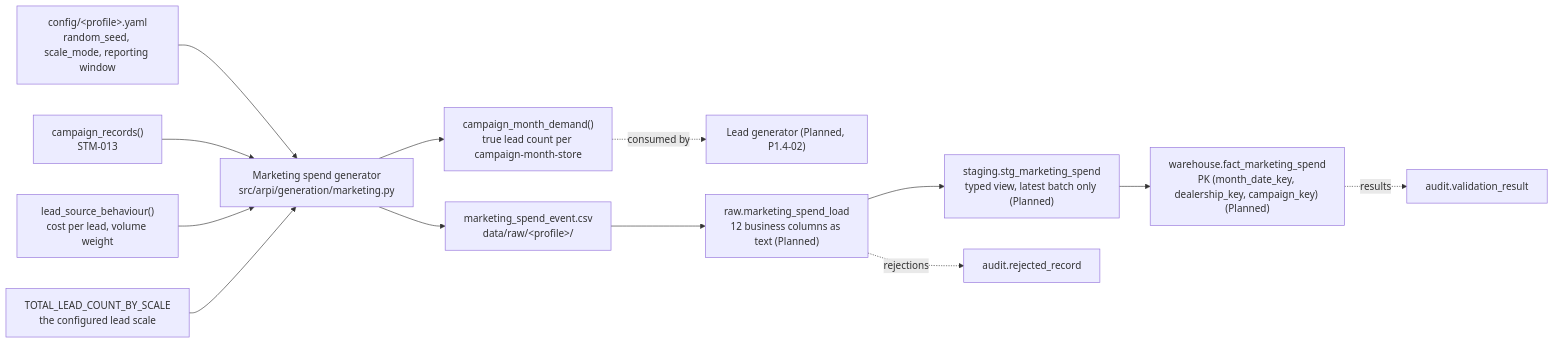
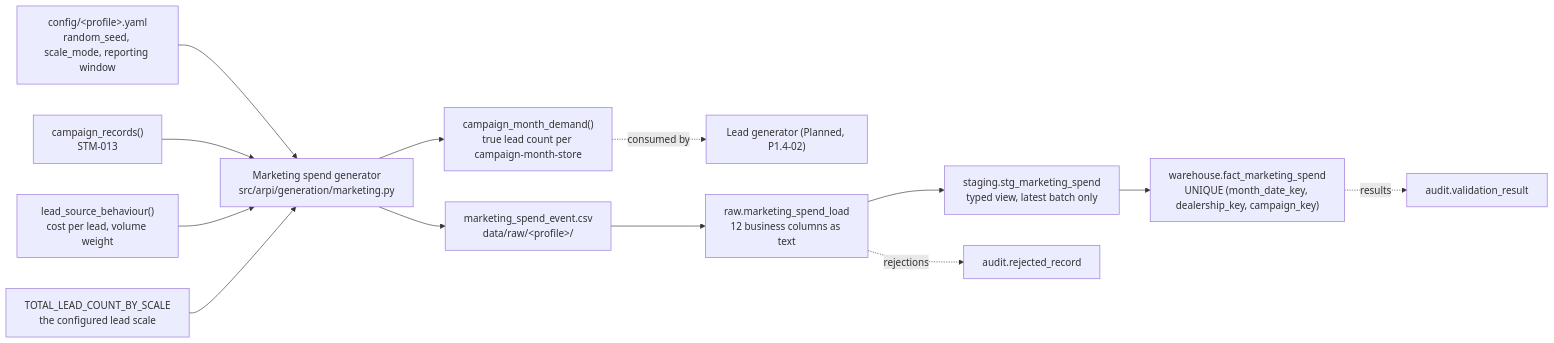
The diagram in docs/source-to-target/STM-014-fact-marketing-spend.md (mpalmer79/Automotive-Retail-Performance-Intelligence), drawn with Mermaid before and after one commit. The commit also changed other lines of this file and 7 other files, not shown here.

````diff
--- a/docs/source-to-target/STM-014-fact-marketing-spend.md
+++ b/docs/source-to-target/STM-014-fact-marketing-spend.md
@@ -45,15 +45,15 @@
 ```mermaid
 flowchart LR
     CFG["config/&lt;profile&gt;.yaml<br/>random_seed, scale_mode, reporting window"] --> G["Marketing spend generator<br/>src/arpi/generation/marketing.py"]
     CAMP["campaign_records()<br/>STM-013"] --> G
     LDS["lead_source_behaviour()<br/>cost per lead, volume weight"] --> G
     SCALE["TOTAL_LEAD_COUNT_BY_SCALE<br/>the configured lead scale"] --> G
     G --> C["marketing_spend_event.csv<br/>data/raw/&lt;profile&gt;/"]
     G --> DEM["campaign_month_demand()<br/>true lead count per campaign-month-store"]
     DEM -.consumed by.-> LEAD["Lead generator (Planned, P1.4-02)"]
-    C --> R["raw.marketing_spend_load<br/>12 business columns as text (Planned)"]
-    R --> S["staging.stg_marketing_spend<br/>typed view, latest batch only (Planned)"]
-    S --> W["warehouse.fact_marketing_spend<br/>PK (month_date_key, dealership_key, campaign_key) (Planned)"]
+    C --> R["raw.marketing_spend_load<br/>12 business columns as text"]
+    R --> S["staging.stg_marketing_spend<br/>typed view, latest batch only"]
+    S --> W["warehouse.fact_marketing_spend<br/>UNIQUE (month_date_key, dealership_key, campaign_key)"]
     R -.rejections.-> A["audit.rejected_record"]
     W -.results.-> AV["audit.validation_result"]
 ```
````
